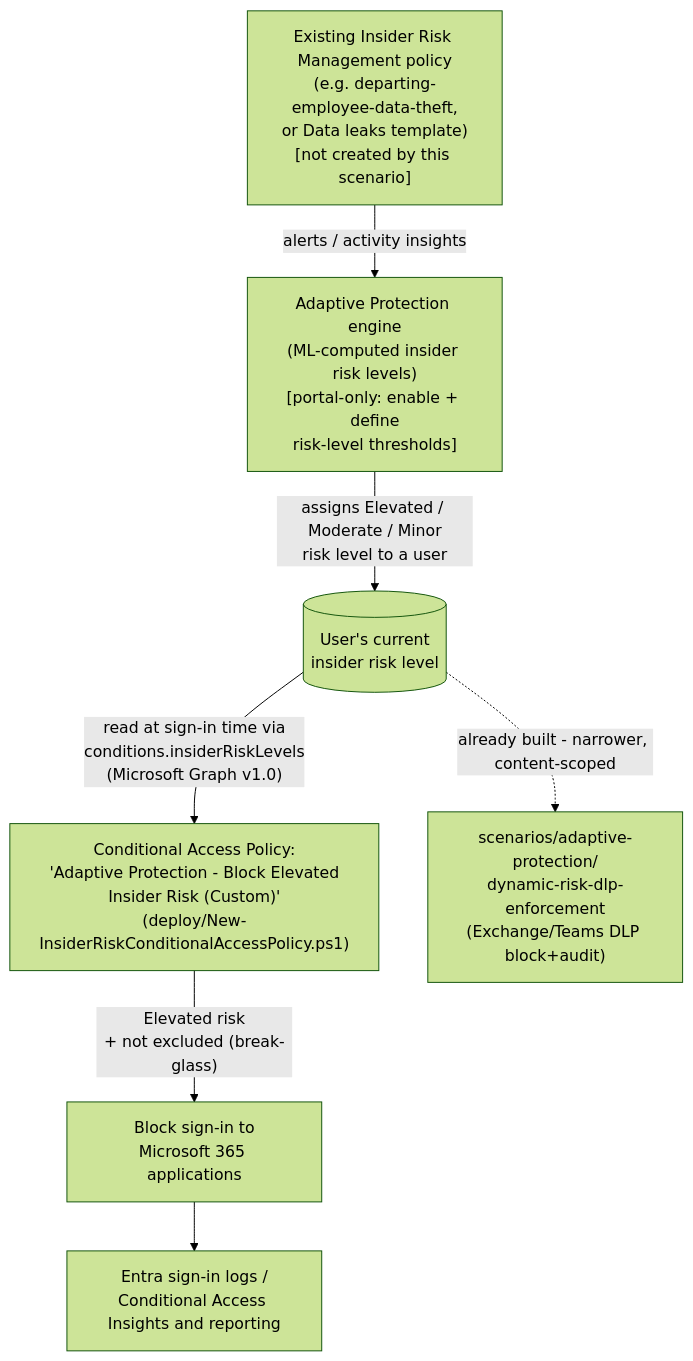
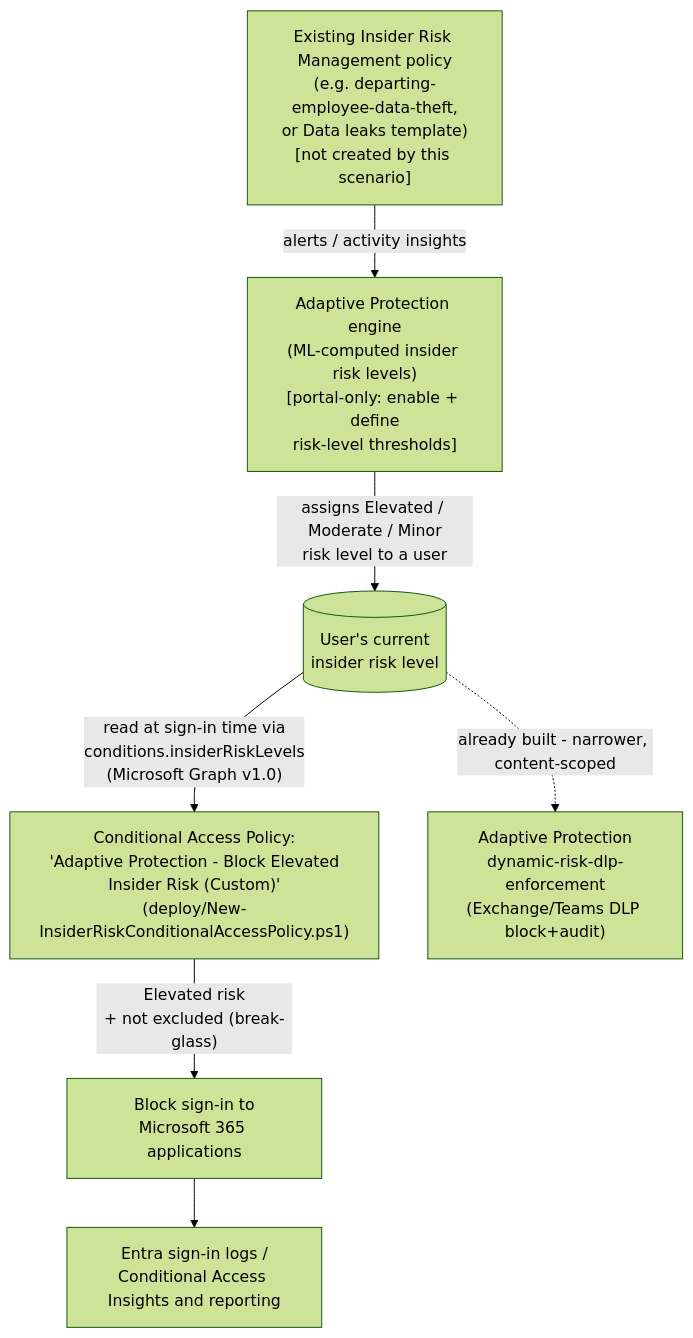
Before and after one commit to kpsec1/kpsec1.github.io: the diagram in src/content/scenarios/adaptive-protection/conditional-access-insider-risk-block.md, drawn with Mermaid (forest theme). The commit also changed 269 other files, not shown here.

````diff
--- a/src/content/scenarios/adaptive-protection/conditional-access-insider-risk-block.md
+++ b/src/content/scenarios/adaptive-protection/conditional-access-insider-risk-block.md
@@ -49,9 +49,9 @@
 ```mermaid
 flowchart TD
     IRM["Existing Insider Risk Management policy\n(e.g. departing-employee-data-theft,\nor Data leaks template)\n[not created by this scenario]"] -->|alerts / activity insights| APEngine["Adaptive Protection engine\n(ML-computed insider risk levels)\n[portal-only: enable + define\nrisk-level thresholds]"]
     APEngine -->|"assigns Elevated / Moderate / Minor\nrisk level to a user"| RiskLevel[("User's current\ninsider risk level")]
     RiskLevel -->|"read at sign-in time via\nconditions.insiderRiskLevels\n(Microsoft Graph v1.0)"| CaPolicy["Conditional Access Policy:\n'Adaptive Protection - Block Elevated\nInsider Risk (Custom)'\n(deploy/New-InsiderRiskConditionalAccessPolicy.ps1)"]
     CaPolicy -->|"Elevated risk\n+ not excluded (break-glass)"| Block["Block sign-in to\nMicrosoft 365 applications"]
     Block --> Reports["Entra sign-in logs /\nConditional Access Insights and reporting"]
-    RiskLevel -.->|"already built - narrower, content-scoped"| DlpSibling["scenarios/adaptive-protection/\ndynamic-risk-dlp-enforcement\n(Exchange/Teams DLP block+audit)"]
+    RiskLevel -.->|"already built - narrower, content-scoped"| DlpSibling["Adaptive Protection\ndynamic-risk-dlp-enforcement\n(Exchange/Teams DLP block+audit)"]
 ```
````
